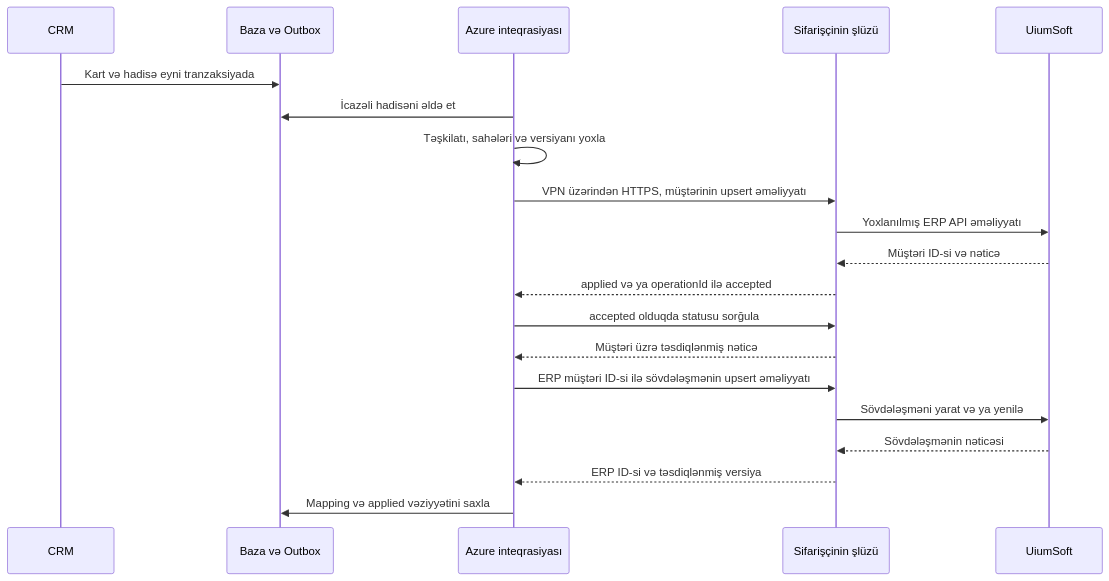
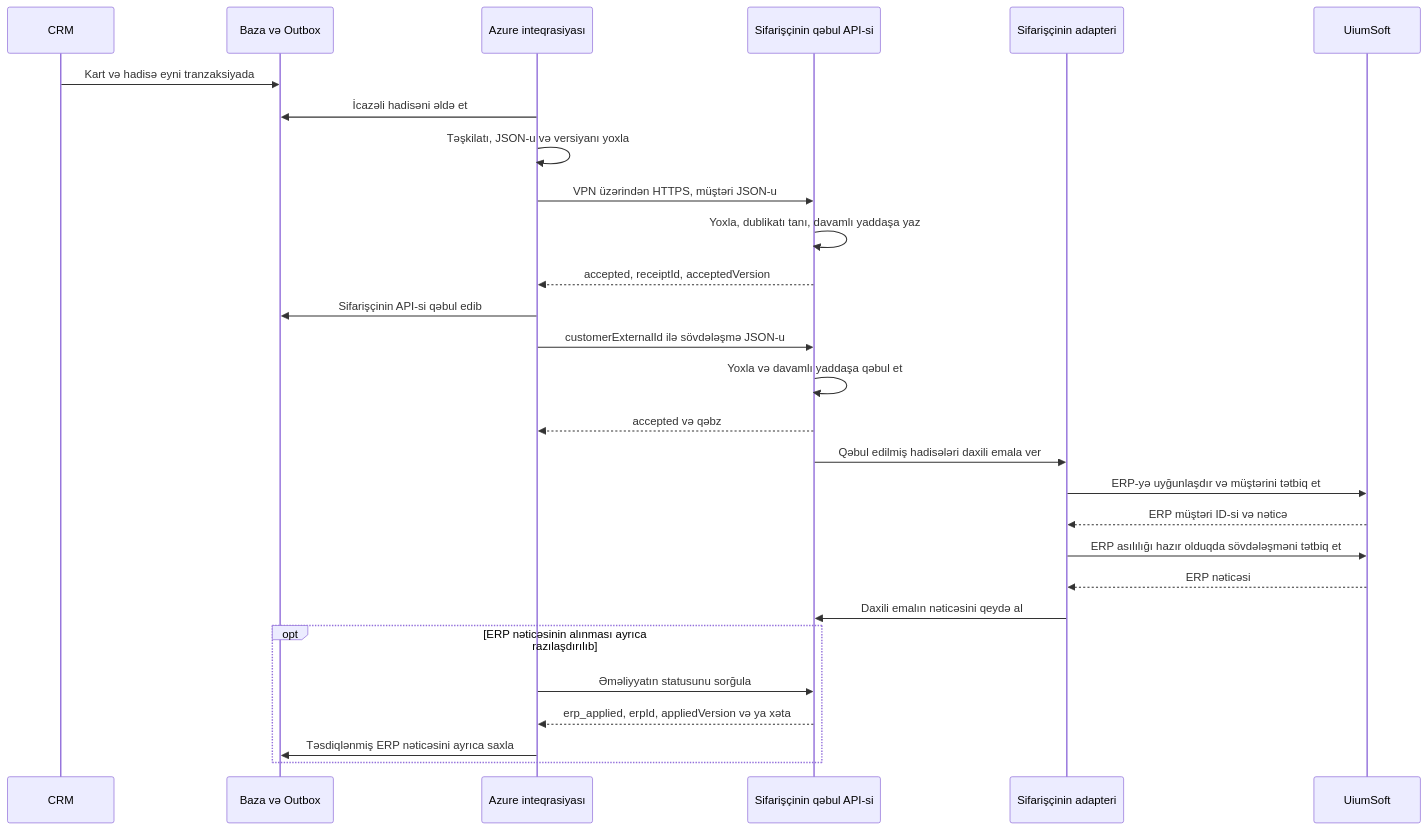
The second of 2 diagrams in docs/uiumsoft-api-security-flow.az.md (rashadoni/leaddrive-v2), drawn with Mermaid before and after one commit. The commit also changed other lines of this file and 2 other files, not shown here.

Commit message:
docs: clarify customer API boundary and security logs in AZ and EN

````diff
--- a/docs/uiumsoft-api-security-flow.az.md
+++ b/docs/uiumsoft-api-security-flow.az.md
@@ -148,22 +153,30 @@
 ```mermaid
 sequenceDiagram
     participant C as CRM
     participant D as Baza və Outbox
     participant W as Azure inteqrasiyası
-    participant G as Sifarişçinin şlüzü
+    participant G as Sifarişçinin qəbul API-si
+    participant A as Sifarişçinin adapteri
     participant E as UiumSoft
     C->>D: Kart və hadisə eyni tranzaksiyada
     W->>D: İcazəli hadisəni əldə et
-    W->>W: Təşkilatı, sahələri və versiyanı yoxla
-    W->>G: VPN üzərindən HTTPS, müştərinin upsert əməliyyatı
-    G->>E: Yoxlanılmış ERP API əməliyyatı
-    E-->>G: Müştəri ID-si və nəticə
-    G-->>W: applied və ya operationId ilə accepted
-    W->>G: accepted olduqda statusu sorğula
-    G-->>W: Müştəri üzrə təsdiqlənmiş nəticə
-    W->>G: ERP müştəri ID-si ilə sövdələşmənin upsert əməliyyatı
-    G->>E: Sövdələşməni yarat və ya yenilə
-    E-->>G: Sövdələşmənin nəticəsi
-    G-->>W: ERP ID-si və təsdiqlənmiş versiya
-    W->>D: Mapping və applied vəziyyətini saxla
+    W->>W: Təşkilatı, JSON-u və versiyanı yoxla
+    W->>G: VPN üzərindən HTTPS, müştəri JSON-u
+    G->>G: Yoxla, dublikatı tanı, davamlı yaddaşa yaz
+    G-->>W: accepted, receiptId, acceptedVersion
+    W->>D: Sifarişçinin API-si qəbul edib
+    W->>G: customerExternalId ilə sövdələşmə JSON-u
+    G->>G: Yoxla və davamlı yaddaşa qəbul et
+    G-->>W: accepted və qəbz
+    G->>A: Qəbul edilmiş hadisələri daxili emala ver
+    A->>E: ERP-yə uyğunlaşdır və müştərini tətbiq et
+    E-->>A: ERP müştəri ID-si və nəticə
+    A->>E: ERP asılılığı hazır olduqda sövdələşməni tətbiq et
+    E-->>A: ERP nəticəsi
+    A->>G: Daxili emalın nəticəsini qeydə al
+    opt ERP nəticəsinin alınması ayrıca razılaşdırılıb
+        W->>G: Əməliyyatın statusunu sorğula
+        G-->>W: erp_applied, erpId, appliedVersion və ya xəta
+        W->>D: Təsdiqlənmiş ERP nəticəsini ayrıca saxla
+    end
 ```
````
